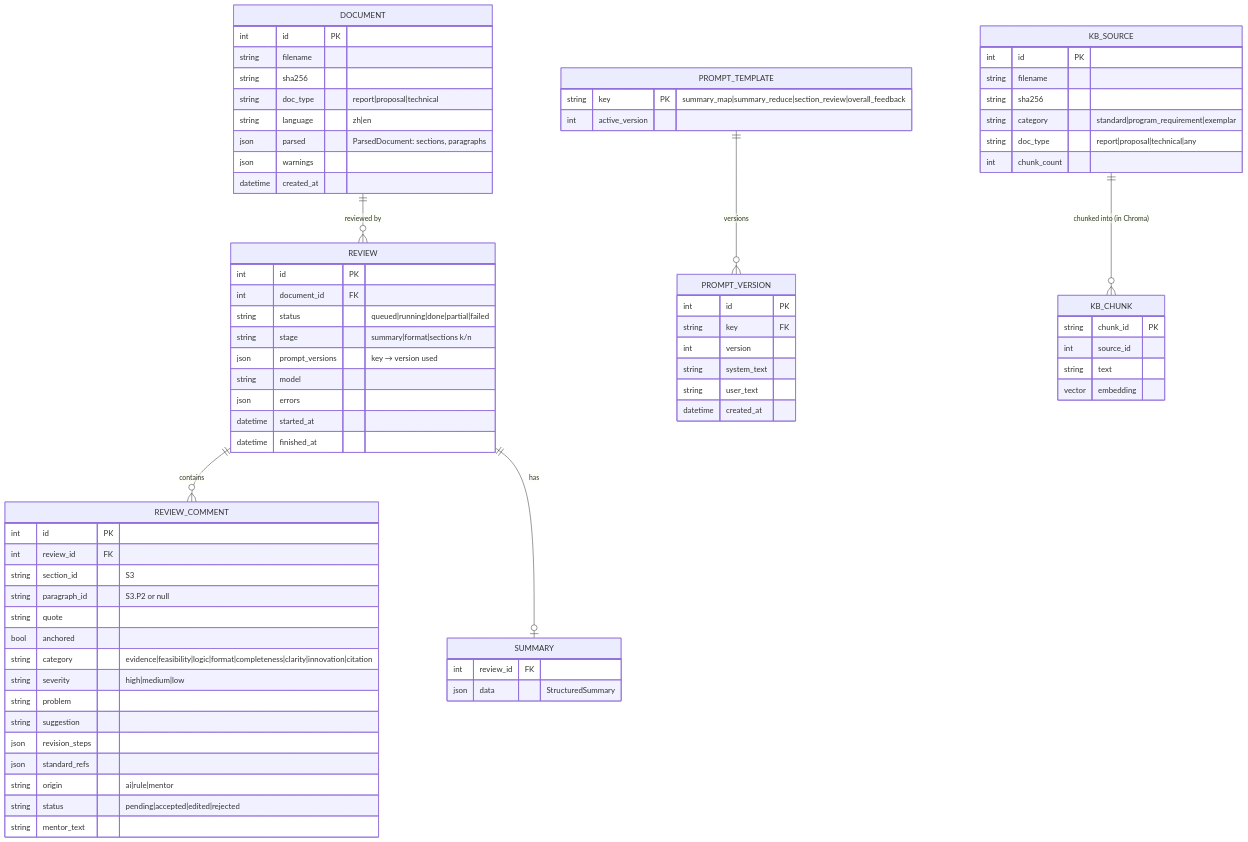
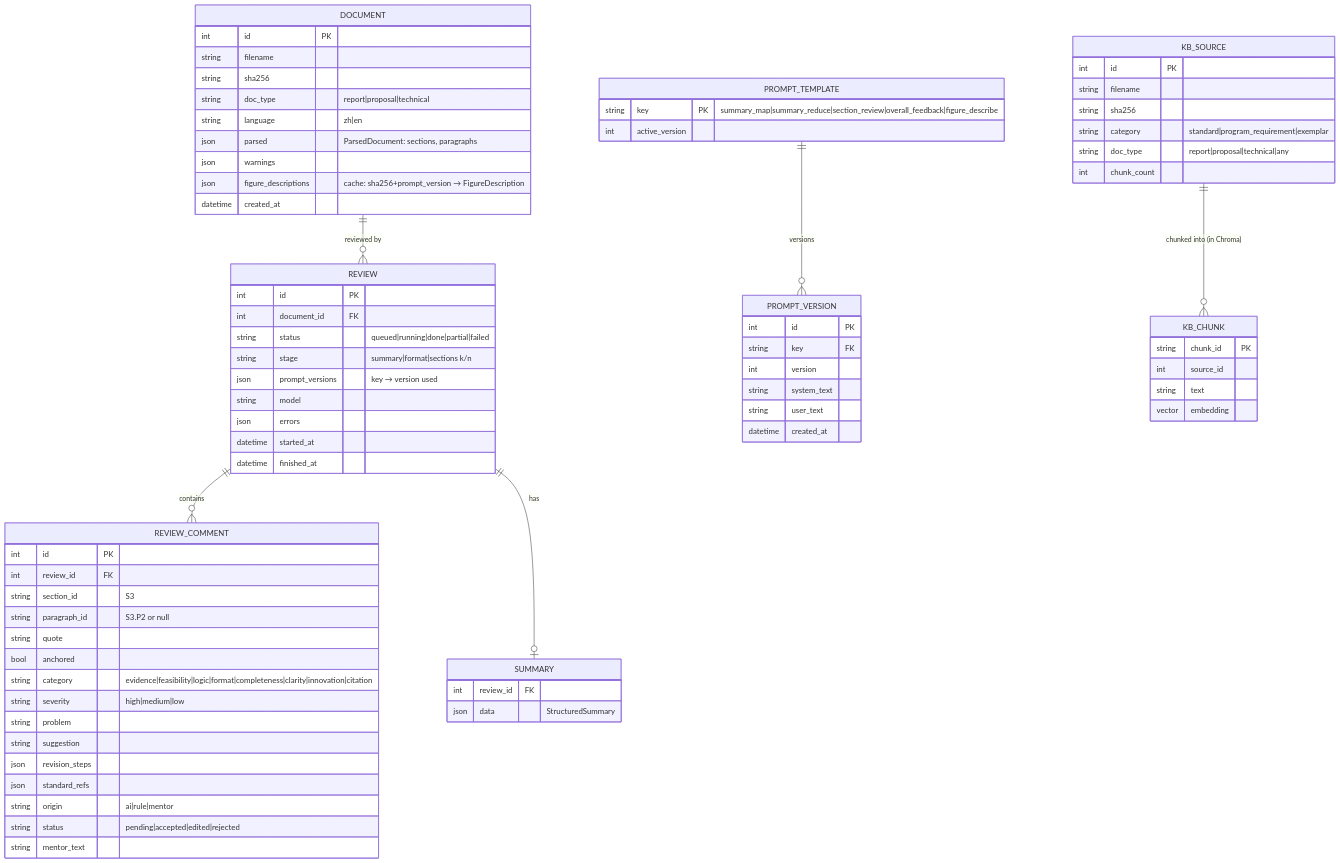
The seventh of 9 diagrams in architecture.md (hamza-prof/industry-mentor-llm-agent), drawn with Mermaid before and after one commit. The commit also changed other lines of this file and 22 other files, not shown here.

````diff
--- a/architecture.md
+++ b/architecture.md
@@ -199,77 +209,78 @@
 ```mermaid
 erDiagram
     DOCUMENT ||--o{ REVIEW : "reviewed by"
     REVIEW ||--o{ REVIEW_COMMENT : contains
     REVIEW ||--o| SUMMARY : has
     PROMPT_TEMPLATE ||--o{ PROMPT_VERSION : versions
     KB_SOURCE ||--o{ KB_CHUNK : "chunked into (in Chroma)"
 
     DOCUMENT {
         int id PK
         string filename
         string sha256
         string doc_type "report|proposal|technical"
         string language "zh|en"
         json parsed "ParsedDocument: sections, paragraphs"
         json warnings
+        json figure_descriptions "cache: sha256+prompt_version → FigureDescription"
         datetime created_at
     }
     REVIEW {
         int id PK
         int document_id FK
         string status "queued|running|done|partial|failed"
         string stage "summary|format|sections k/n"
         json prompt_versions "key → version used"
         string model
         json errors
         datetime started_at
         datetime finished_at
     }
     SUMMARY {
         int review_id FK
         json data "StructuredSummary"
     }
     REVIEW_COMMENT {
         int id PK
         int review_id FK
         string section_id "S3"
         string paragraph_id "S3.P2 or null"
         string quote
         bool anchored
         string category "evidence|feasibility|logic|format|completeness|clarity|innovation|citation"
         string severity "high|medium|low"
         string problem
         string suggestion
         json revision_steps
         json standard_refs
         string origin "ai|rule|mentor"
         string status "pending|accepted|edited|rejected"
         string mentor_text
     }
     PROMPT_TEMPLATE {
-        string key PK "summary_map|summary_reduce|section_review|overall_feedback"
+        string key PK "summary_map|summary_reduce|section_review|overall_feedback|figure_describe"
         int active_version
     }
     PROMPT_VERSION {
         int id PK
         string key FK
         int version
         string system_text
         string user_text
         datetime created_at
     }
     KB_SOURCE {
         int id PK
         string filename
         string sha256
         string category "standard|program_requirement|exemplar"
         string doc_type "report|proposal|technical|any"
         int chunk_count
     }
     KB_CHUNK {
         string chunk_id PK
         int source_id
         string text
         vector embedding
     }
 ```
````
